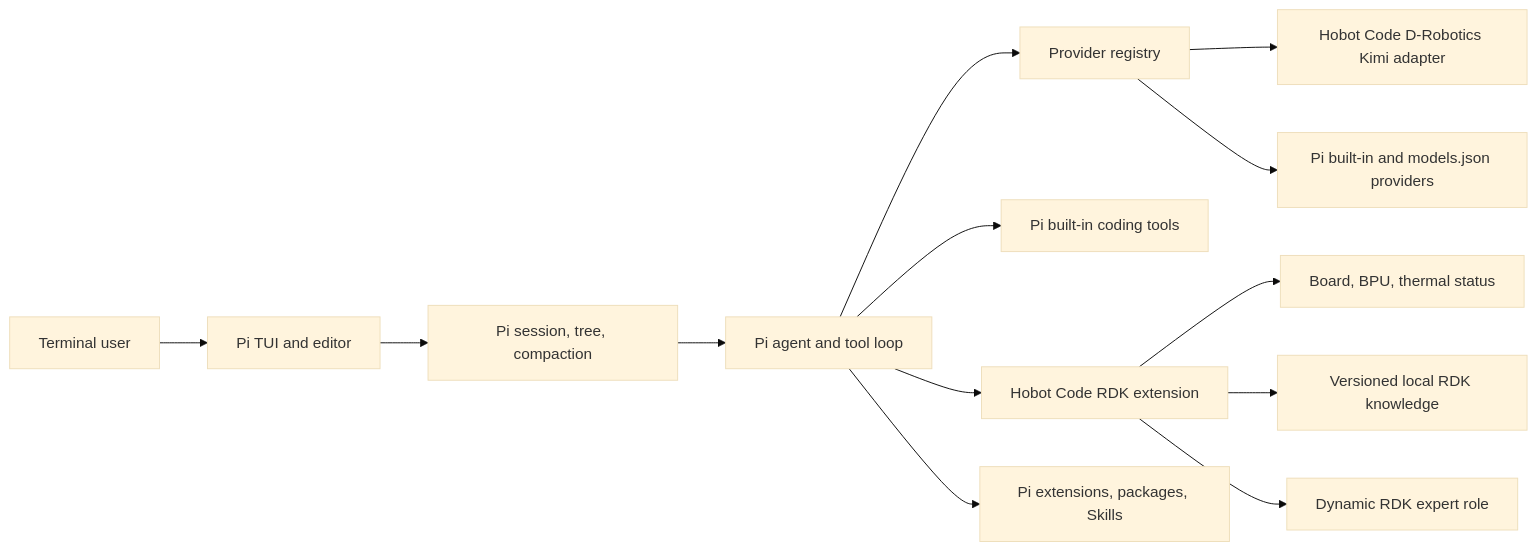
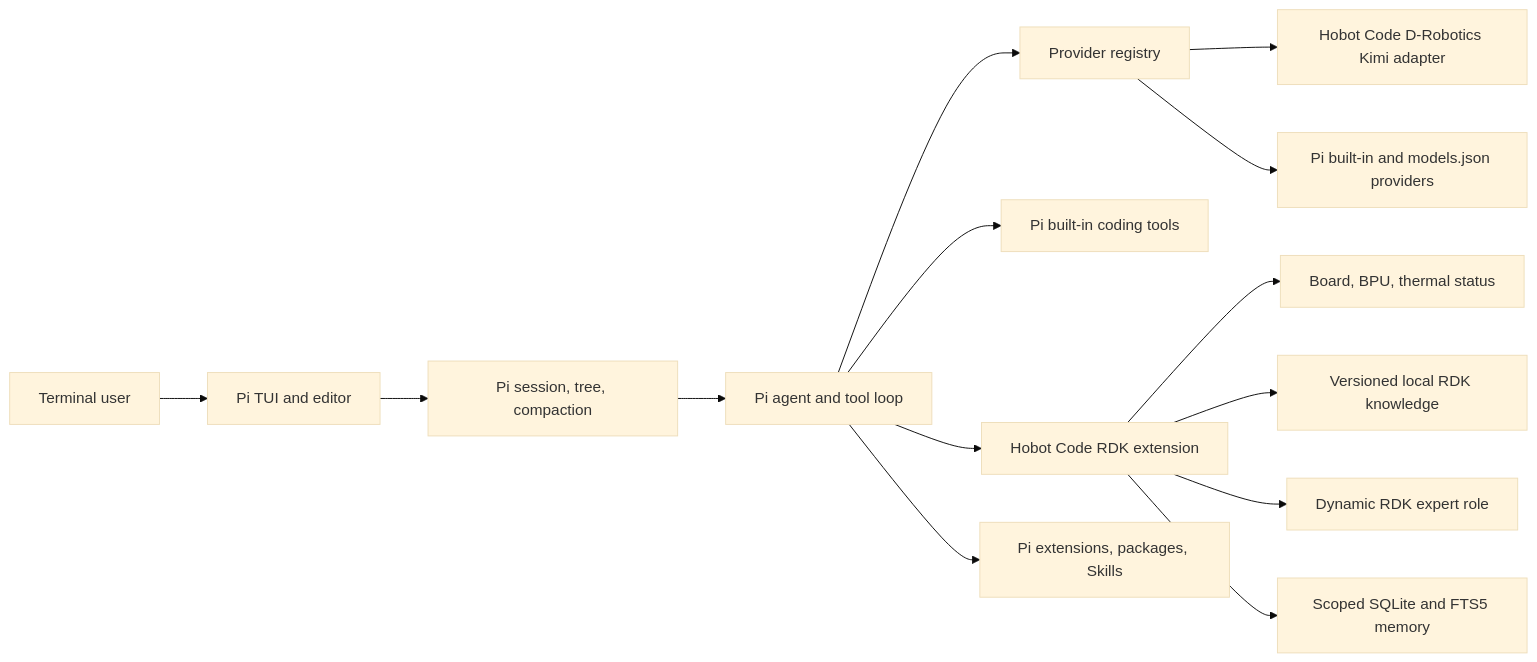
One commit to Kyrie-w8/hobot-code changed the diagram in docs/architecture.md. Above: the diagram before and after it, drawn with Mermaid (base theme). The commit also changed other lines of this file and 14 other files, not shown here.

Commit message:
feat: add scoped persistent memory

````diff
--- a/docs/architecture.md
+++ b/docs/architecture.md
@@ -5,15 +5,16 @@
 ```mermaid
 flowchart LR
   U["Terminal user"] --> T["Pi TUI and editor"]
   T --> S["Pi session, tree, compaction"]
   S --> A["Pi agent and tool loop"]
   A --> P["Provider registry"]
   P --> K["Hobot Code D-Robotics Kimi adapter"]
   P --> V["Pi built-in and models.json providers"]
   A --> B["Pi built-in coding tools"]
   A --> R["Hobot Code RDK extension"]
   R --> H["Board, BPU, thermal status"]
   R --> D["Versioned local RDK knowledge"]
   R --> E["Dynamic RDK expert role"]
+  R --> M["Scoped SQLite and FTS5 memory"]
   A --> X["Pi extensions, packages, Skills"]
 ```
````
